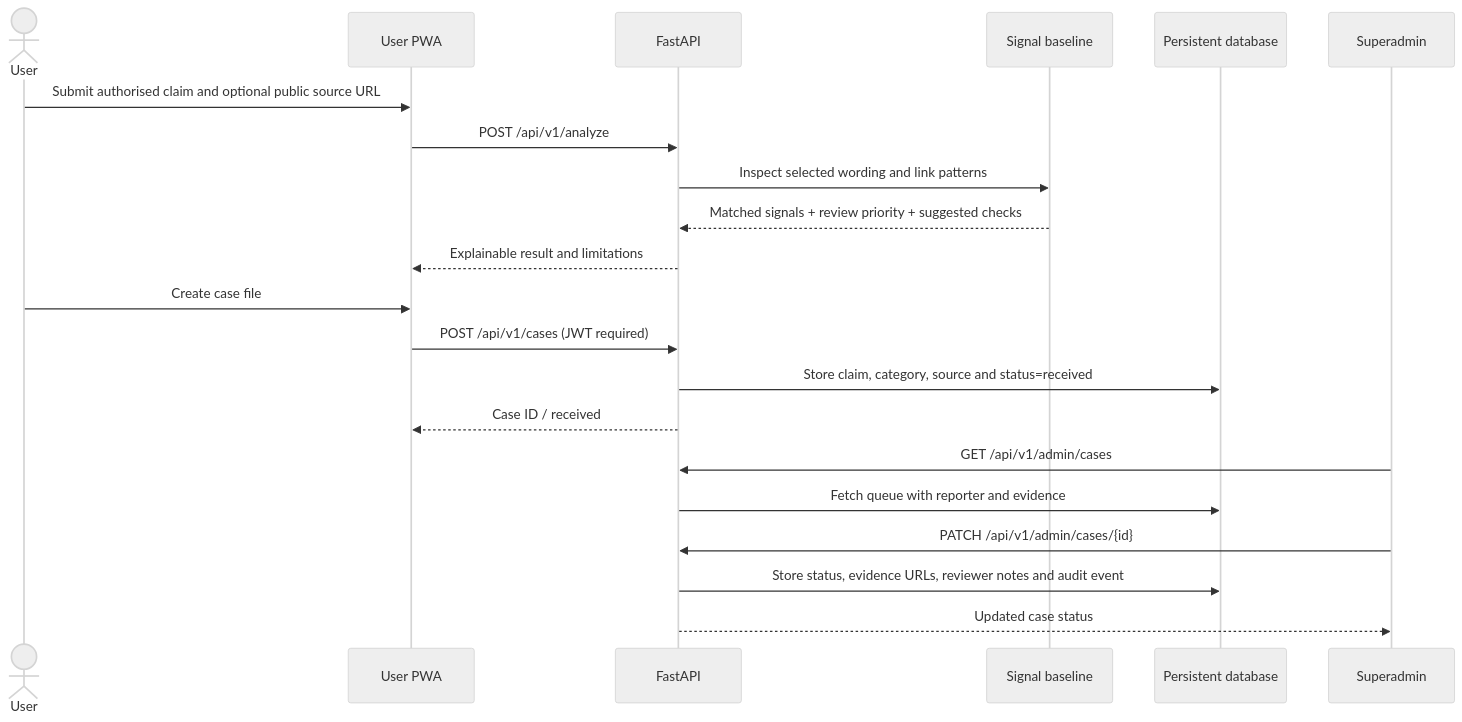
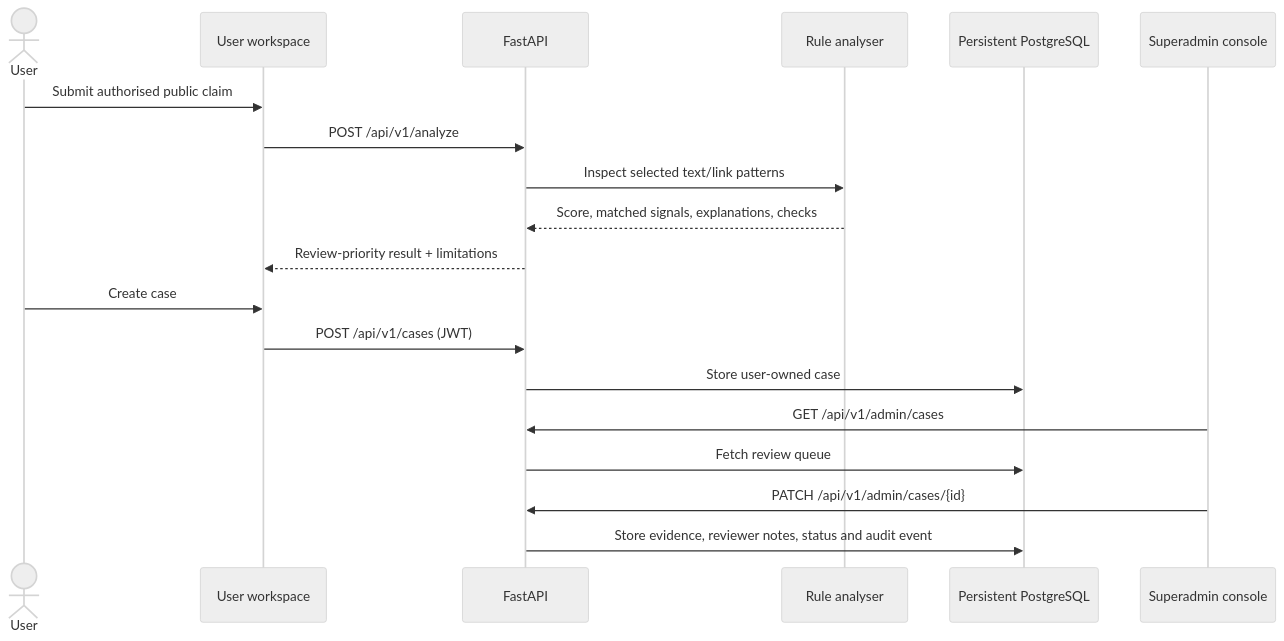
One commit to Adarsh-Singh-Chauhan/dristhi changed the second of 2 diagrams in docs/ARCHITECTURE.md. Above: the diagram before and after it, drawn with Mermaid (neutral theme). The commit also changed other lines of this file, not shown here.

Commit message:
docs: align architecture guide with deployed system

```diff
--- a/docs/ARCHITECTURE.md
+++ b/docs/ARCHITECTURE.md
@@ -76,24 +89,21 @@
 ~~~mermaid
 sequenceDiagram
   actor User
-  participant PWA as User PWA
+  participant UI as User workspace
   participant API as FastAPI
-  participant Rules as Signal baseline
-  participant DB as Persistent database
-  participant Admin as Superadmin
-
-  User->>PWA: Submit authorised claim and optional public source URL
-  PWA->>API: POST /api/v1/analyze
-  API->>Rules: Inspect selected wording and link patterns
-  Rules-->>API: Matched signals + review priority + suggested checks
-  API-->>PWA: Explainable result and limitations
-  User->>PWA: Create case file
-  PWA->>API: POST /api/v1/cases (JWT required)
-  API->>DB: Store claim, category, source and status=received
-  API-->>PWA: Case ID / received
+  participant Rule as Rule analyser
+  participant DB as Persistent PostgreSQL
+  participant Admin as Superadmin console
+  User->>UI: Submit authorised public claim
+  UI->>API: POST /api/v1/analyze
+  API->>Rule: Inspect selected text/link patterns
+  Rule-->>API: Score, matched signals, explanations, checks
+  API-->>UI: Review-priority result + limitations
+  User->>UI: Create case
+  UI->>API: POST /api/v1/cases (JWT)
+  API->>DB: Store user-owned case
   Admin->>API: GET /api/v1/admin/cases
-  API->>DB: Fetch queue with reporter and evidence
+  API->>DB: Fetch review queue
   Admin->>API: PATCH /api/v1/admin/cases/{id}
-  API->>DB: Store status, evidence URLs, reviewer notes and audit event
-  API-->>Admin: Updated case status
+  API->>DB: Store evidence, reviewer notes, status and audit event
 ~~~
```
